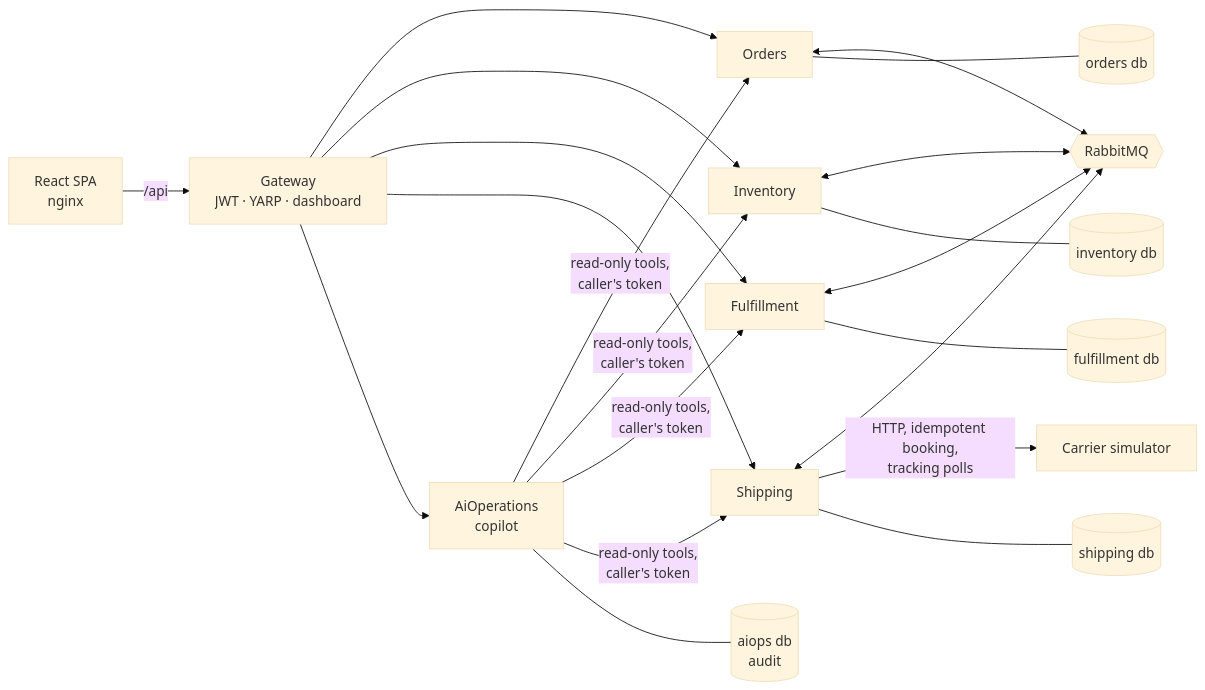
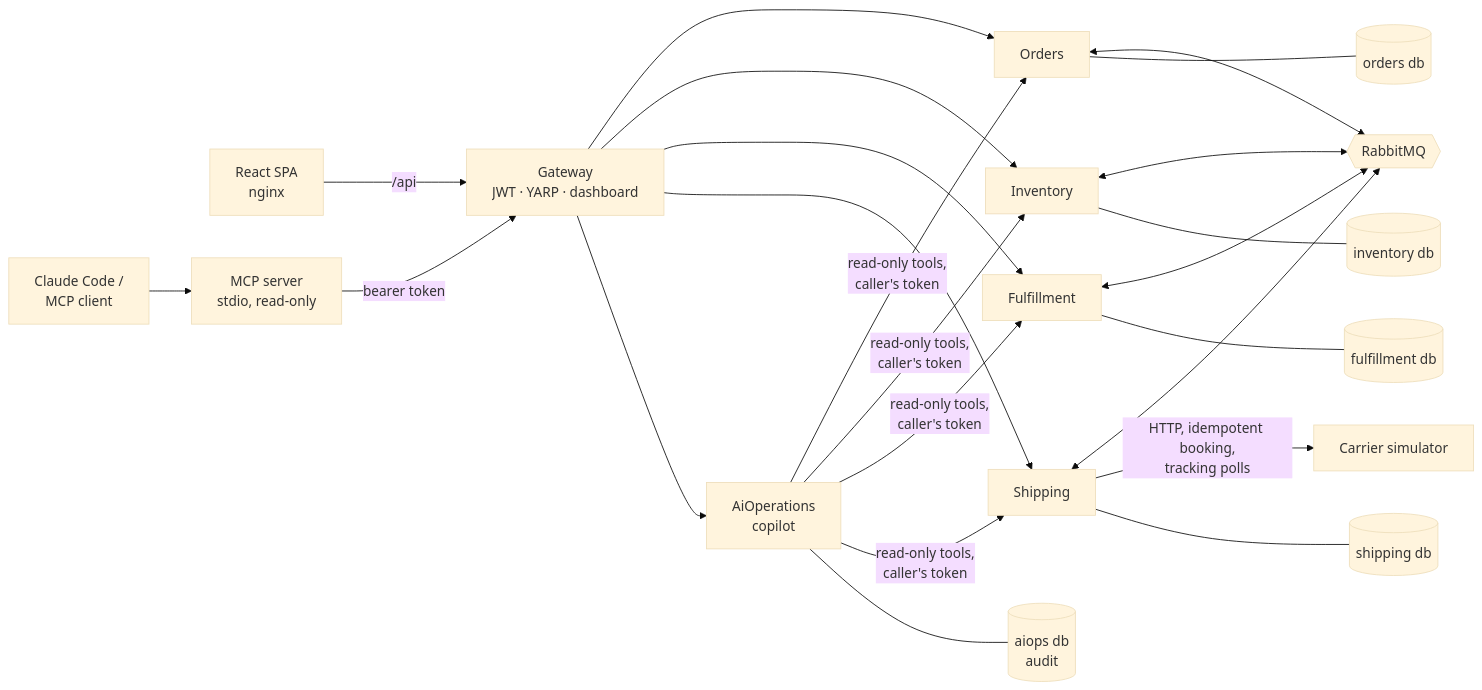
Before and after one commit to pablofreire/LogistiFlowAI: the diagram in README.md, drawn with Mermaid (base theme). The commit also changed other lines of this file and 70 other files, not shown here.

First line of the commit message:
feat: phase 5, MCP server and Claude Code skills (#4)

````diff
--- a/README.md
+++ b/README.md
@@ -22,17 +24,19 @@
 ```mermaid
 flowchart LR
     web[React SPA<br/>nginx] -->|/api| gw[Gateway<br/>JWT · YARP · dashboard]
     gw --> orders[Orders] & inventory[Inventory] & fulfillment[Fulfillment] & shipping[Shipping]
     gw --> ai[AiOperations<br/>copilot]
+    mcp[MCP server<br/>stdio, read-only] -->|bearer token| gw
+    client[Claude Code /<br/>MCP client] --> mcp
     ai -->|read-only tools,<br/>caller's token| orders & inventory & fulfillment & shipping
     orders <--> mq{{RabbitMQ}}
     inventory <--> mq
     fulfillment <--> mq
     shipping <--> mq
     shipping -->|HTTP, idempotent booking,<br/>tracking polls| carrier[Carrier simulator]
     orders --- odb[(orders db)]
     inventory --- idb[(inventory db)]
     fulfillment --- fdb[(fulfillment db)]
     shipping --- sdb[(shipping db)]
     ai --- adb[(aiops db<br/>audit)]
 ```
````
